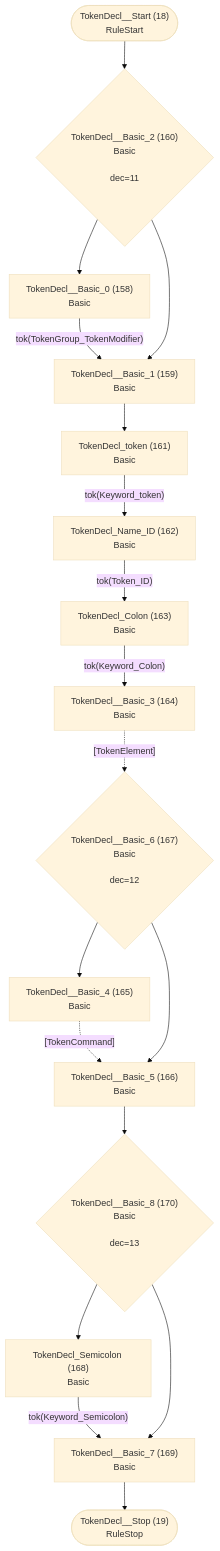
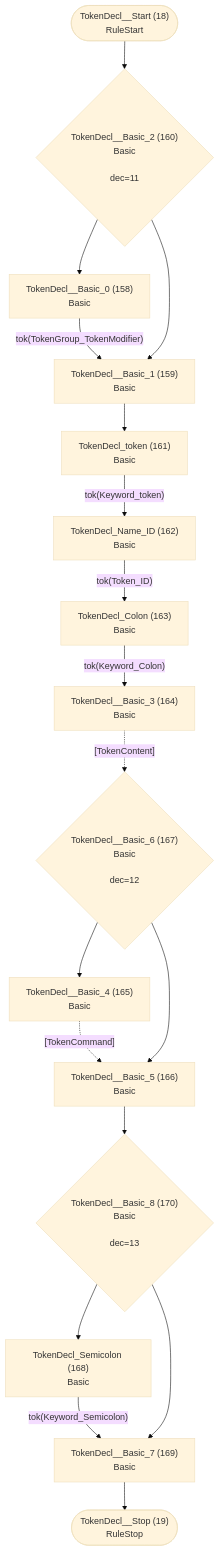
The tenth of 37 diagrams in internal/grammar/atn.md (TypeFox/fastbelt), drawn with Mermaid (base theme) before and after one commit. The commit also changed other lines of this file and 9 other files, not shown here.

````diff
--- a/internal/grammar/atn.md
+++ b/internal/grammar/atn.md
@@ -281,36 +281,36 @@
 ```mermaid
 flowchart TD
     q18(["TokenDecl__Start (18)<br/>RuleStart"])
     q19(["TokenDecl__Stop (19)<br/>RuleStop"])
     q158["TokenDecl__Basic_0 (158)<br/>Basic<br/>"]
     q159["TokenDecl__Basic_1 (159)<br/>Basic<br/>"]
     q160{"TokenDecl__Basic_2 (160)<br/>Basic<br/><br/>dec=11"}
     q161["TokenDecl_token (161)<br/>Basic<br/>"]
     q162["TokenDecl_Name_ID (162)<br/>Basic<br/>"]
     q163["TokenDecl_Colon (163)<br/>Basic<br/>"]
     q164["TokenDecl__Basic_3 (164)<br/>Basic<br/>"]
     q165["TokenDecl__Basic_4 (165)<br/>Basic<br/>"]
     q166["TokenDecl__Basic_5 (166)<br/>Basic<br/>"]
     q167{"TokenDecl__Basic_6 (167)<br/>Basic<br/><br/>dec=12"}
     q168["TokenDecl_Semicolon (168)<br/>Basic<br/>"]
     q169["TokenDecl__Basic_7 (169)<br/>Basic<br/>"]
     q170{"TokenDecl__Basic_8 (170)<br/>Basic<br/><br/>dec=13"}
 
     q18 --> q160
     q158 -->|"tok(TokenGroup_TokenModifier)"| q159
     q159 --> q161
     q160 --> q158
     q160 --> q159
     q161 -->|"tok(Keyword_token)"| q162
     q162 -->|"tok(Token_ID)"| q163
     q163 -->|"tok(Keyword_Colon)"| q164
-    q164 -.->|"[TokenElement]"| q167
+    q164 -.->|"[TokenContent]"| q167
     q165 -.->|"[TokenCommand]"| q166
     q166 --> q170
     q167 --> q165
     q167 --> q166
     q168 -->|"tok(Keyword_Semicolon)"| q169
     q169 --> q19
     q170 --> q168
     q170 --> q169
 ```
````
